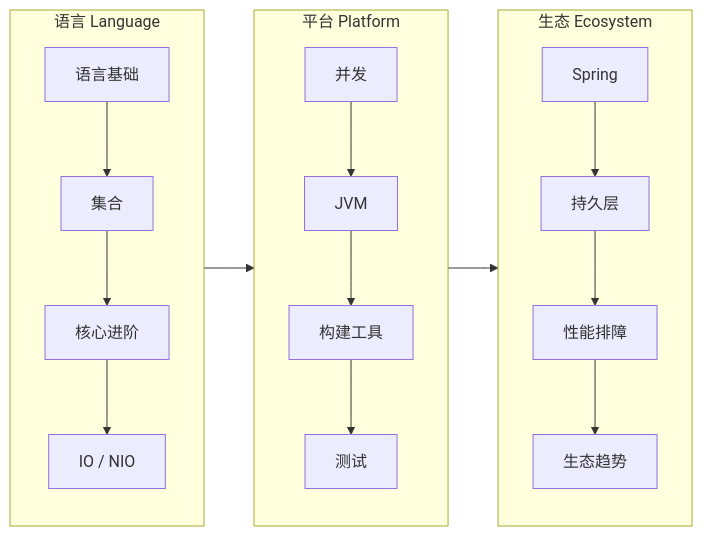
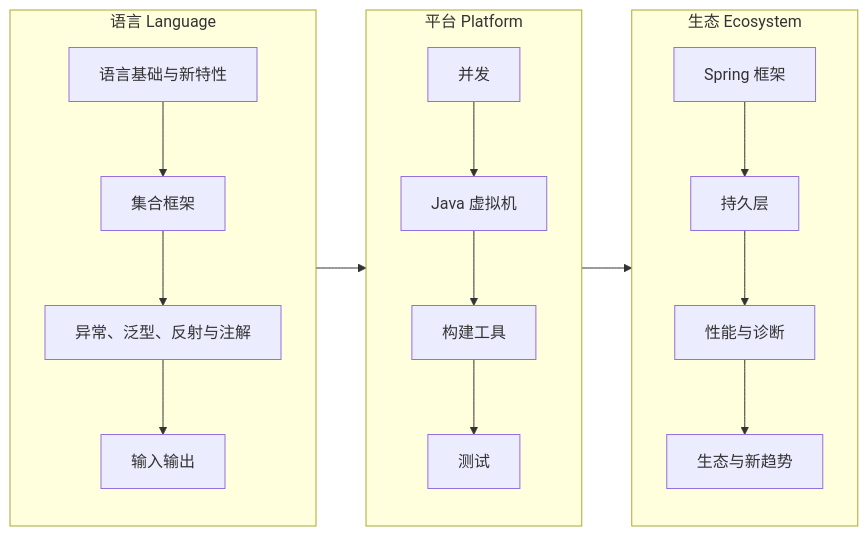
Before and after one commit to huangyongliang/tech-notes: the diagram in topics/java/README.md, drawn with Mermaid. The commit also changed 1 other file, not shown here.

Commit message:
fix: add product research card, align java path labels with page titles

````diff
--- a/topics/java/README.md
+++ b/topics/java/README.md
@@ -9,16 +9,16 @@
 ```mermaid
 flowchart LR
   subgraph S1[语言 Language]
     direction TB
-    A[语言基础] --> B[集合] --> C[核心进阶] --> D[IO / NIO]
+    A[语言基础与新特性] --> B[集合框架] --> C[异常、泛型、反射与注解] --> D[输入输出]
   end
   subgraph S2[平台 Platform]
     direction TB
-    E[并发] --> F[JVM] --> G[构建工具] --> H[测试]
+    E[并发] --> F[Java 虚拟机] --> G[构建工具] --> H[测试]
   end
   subgraph S3[生态 Ecosystem]
     direction TB
-    I[Spring] --> J[持久层] --> K[性能排障] --> L[生态趋势]
+    I[Spring 框架] --> J[持久层] --> K[性能与诊断] --> L[生态与新趋势]
   end
   S1 --> S2 --> S3
 ```
````
